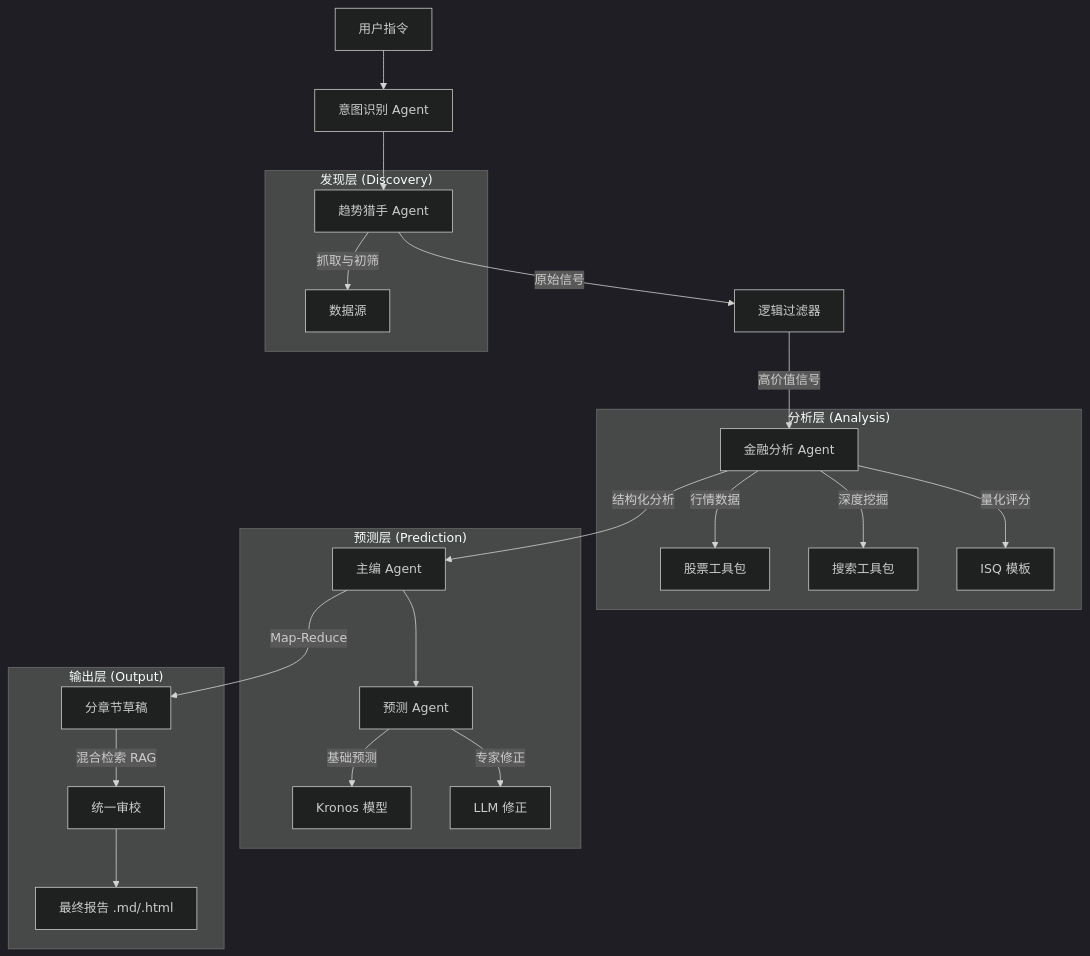
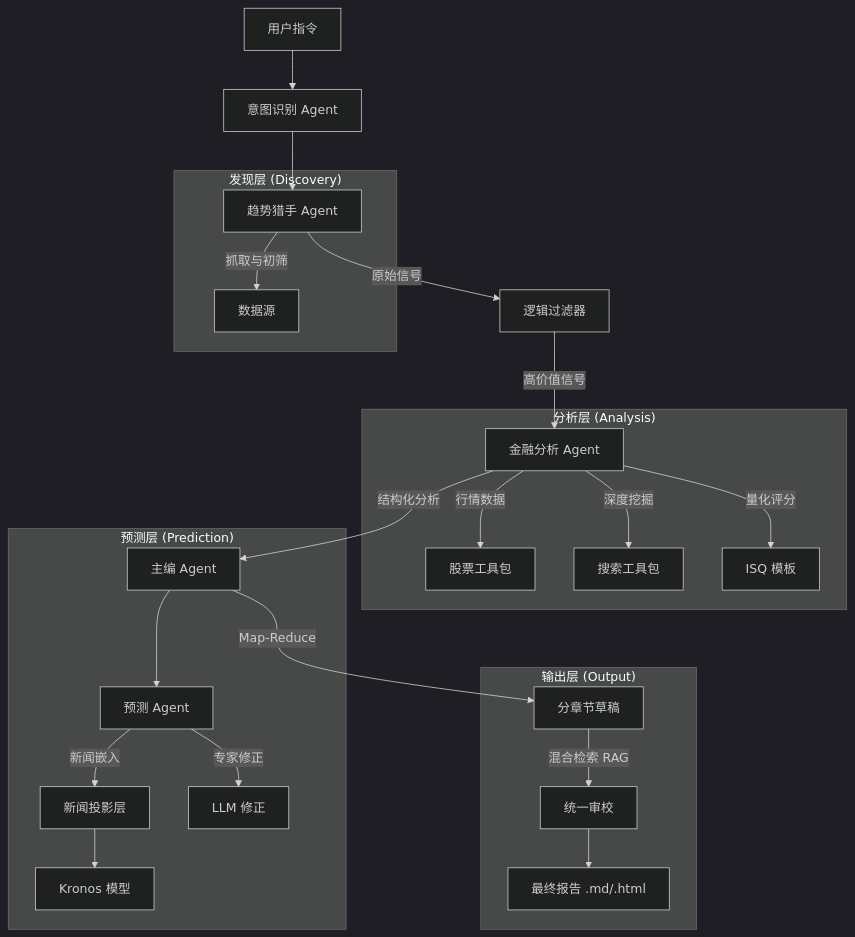
Before and after one commit to RKiding/SignalFlux: the diagram in README_CN.md, drawn with Mermaid (dark theme). The commit also changed other lines of this file and 1 other file, not shown here.

````diff
--- a/README_CN.md
+++ b/README_CN.md
@@ -127,32 +128,33 @@
 ```mermaid
 graph TD
     User[用户指令] --> Intent[意图识别 Agent]
     Intent --> Trend[趋势猎手 Agent]
     
     subgraph "发现层 (Discovery)"
         Trend --> |抓取与初筛| Source["数据源"]
     end
     
     Trend --> |原始信号| Logic[逻辑过滤器]
     Logic --> |高价值信号| Fin[金融分析 Agent]
     
     subgraph "分析层 (Analysis)"
         Fin --> |行情数据| Stock[股票工具包]
         Fin --> |深度挖掘| Search[搜索工具包]
         Fin --> |量化评分| ISQ[ISQ 模板]
     end
     
     Fin --> |结构化分析| Report[主编 Agent]
     
     subgraph "预测层 (Prediction)"
         Report --> Forecast[预测 Agent]
-        Forecast --> |基础预测| Kronos[Kronos 模型]
+        Forecast --> |新闻嵌入| NewsProj[新闻投影层]
+        NewsProj --> Kronos[Kronos 模型]
         Forecast --> |专家修正| LLM[LLM 修正]
     end
     
     subgraph "输出层 (Output)"
         Report --> |Map-Reduce| Draft[分章节草稿]
         Draft --> |混合检索 RAG| Edit[统一审校]
         Edit --> Final["最终报告 .md/.html"]
     end
 ```
````
